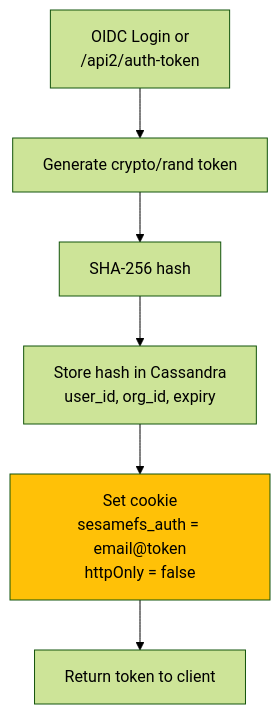
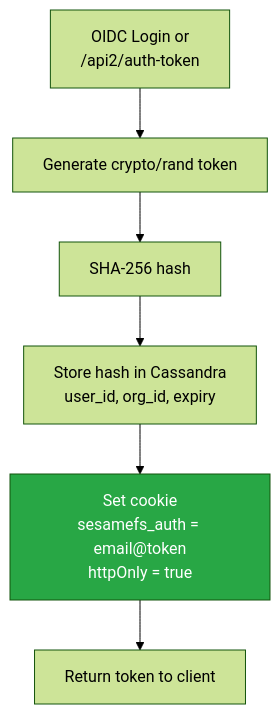
One commit to Sesame-Disk/cool-storage-api changed the first of 5 diagrams in docs/diagrams/auth-layer.md. Above: the diagram before and after it, drawn with Mermaid (forest theme). The commit also changed other lines of this file and 8 other files, not shown here.

First line of the commit message:
fix(auth): set httpOnly=true on sesamefs_auth cookie

````diff
--- a/docs/diagrams/auth-layer.md
+++ b/docs/diagrams/auth-layer.md
@@ -19,11 +22,11 @@
 ```mermaid
 flowchart TD
     Login["OIDC Login or<br/>/api2/auth-token"]
     Login --> GenToken["Generate crypto/rand token"]
     GenToken --> HashToken["SHA-256 hash"]
     HashToken --> StoreDB["Store hash in Cassandra<br/>user_id, org_id, expiry"]
-    StoreDB --> SetCookie["Set cookie<br/>sesamefs_auth = email@token<br/>httpOnly = false"]
+    StoreDB --> SetCookie["Set cookie<br/>sesamefs_auth = email@token<br/>httpOnly = true"]
     SetCookie --> Done["Return token to client"]
 
-    style SetCookie fill:#ffc107,color:#000
+    style SetCookie fill:#28a745,color:#fff
 ```
````
